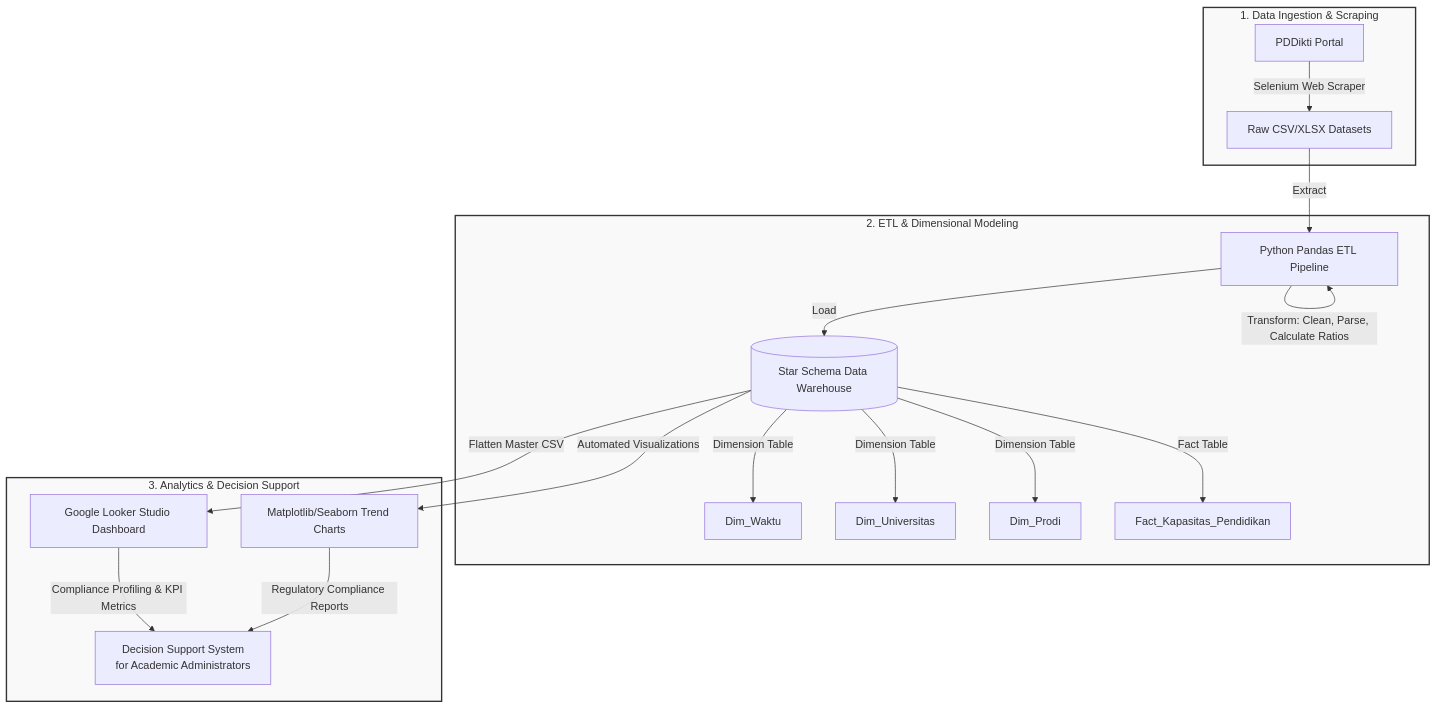
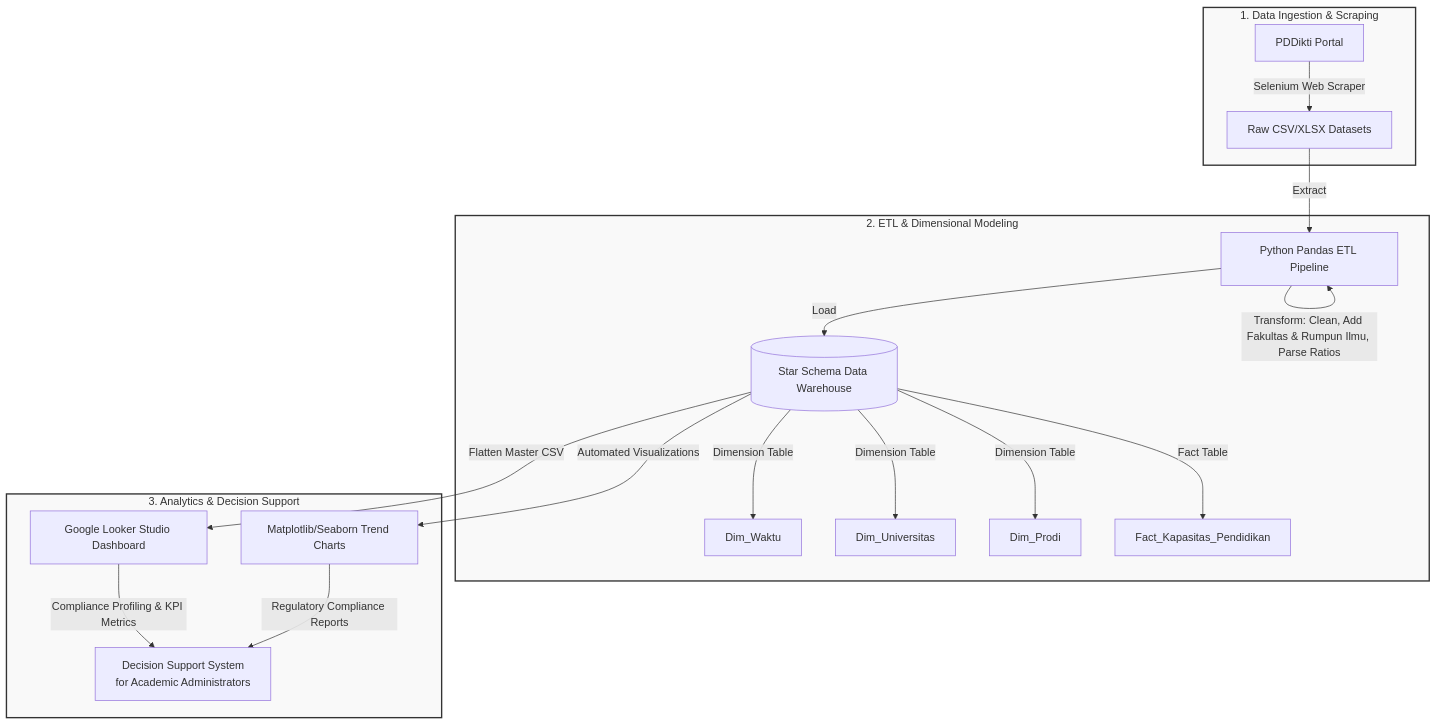
The diagram in README.md (fauzinoorsyabani/Tugas-Akhir), drawn with Mermaid before and after one commit. The commit also changed other lines of this file, not shown here.

````diff
--- a/README.md
+++ b/README.md
@@ -19,29 +19,29 @@
 ```mermaid
 graph TD
     %% Data Source Phase
     subgraph A[1. Data Ingestion & Scraping]
         A1[PDDikti Portal] -->|Selenium Web Scraper| A2[Raw CSV/XLSX Datasets]
     end
 
     %% ETL & DW Phase
     subgraph B[2. ETL & Dimensional Modeling]
         A2 -->|Extract| B1[Python Pandas ETL Pipeline]
-        B1 -->|Transform: Clean, Parse, Calculate Ratios| B1
+        B1 -->|Transform: Clean, Add Fakultas & Rumpun Ilmu, Parse Ratios| B1
         B1 -->|Load| B2[(Star Schema Data Warehouse)]
         B2 -->|Dimension Table| D1[Dim_Waktu]
         B2 -->|Dimension Table| D2[Dim_Universitas]
         B2 -->|Dimension Table| D3[Dim_Prodi]
         B2 -->|Fact Table| F1[Fact_Kapasitas_Pendidikan]
     end
 
     %% Analytics & DSS Phase
     subgraph C[3. Analytics & Decision Support]
         B2 -->|Flatten Master CSV| C1[Google Looker Studio Dashboard]
         B2 -->|Automated Visualizations| C2[Matplotlib/Seaborn Trend Charts]
         C1 -->|Compliance Profiling & KPI Metrics| D[Decision Support System <br>for Academic Administrators]
         C2 -->|Regulatory Compliance Reports| D
     end
 
     classDef stage fill:#f9f9f9,stroke:#333,stroke-width:2px;
     class A,B,C stage;
 ```
````
